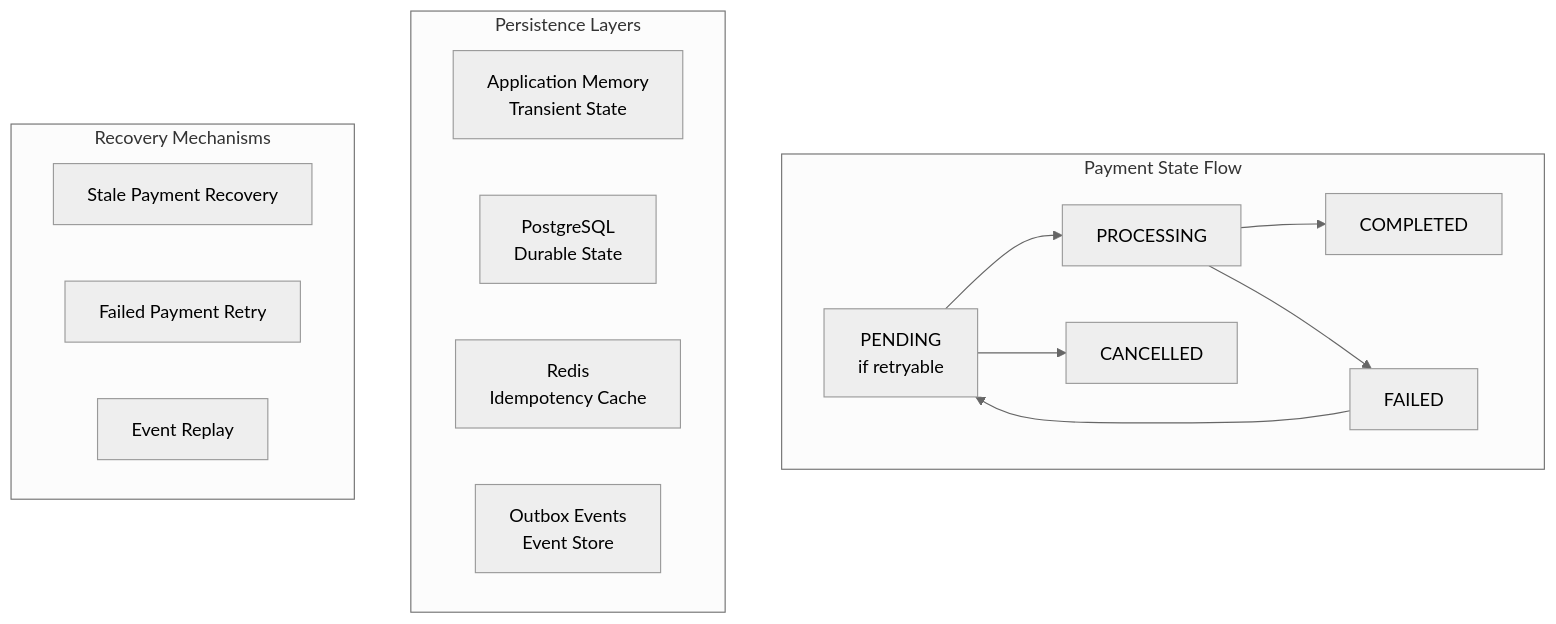
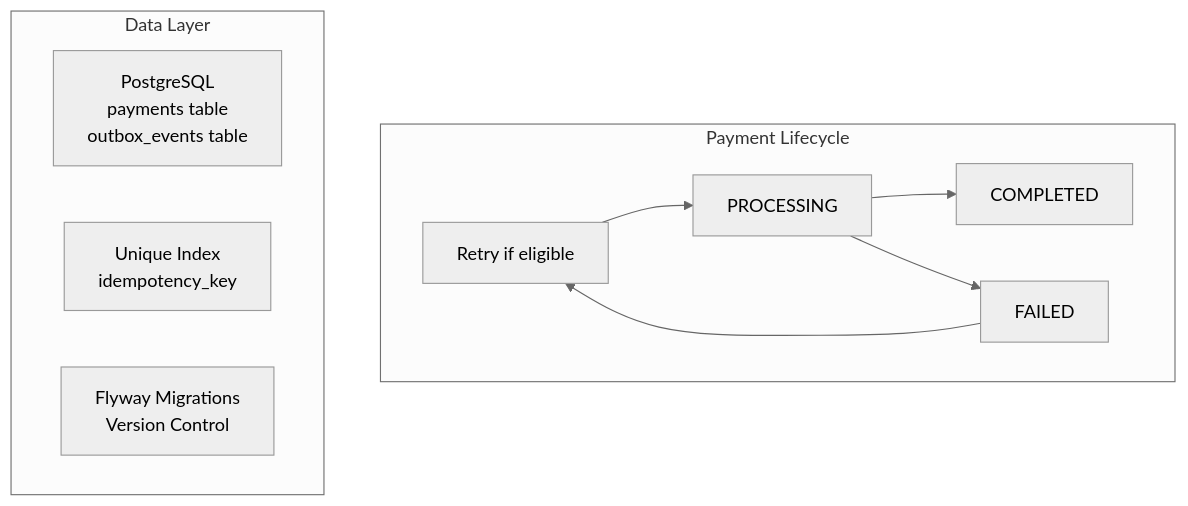
Before and after one commit to Nardos-Tsega/po: the third of 5 diagrams in README.md, drawn with Mermaid (neutral theme). The commit also changed other lines of this file and 9 other files, not shown here.

````diff
--- a/README.md
+++ b/README.md
@@ -148,23 +95,15 @@
 ```mermaid
 graph TD
-    subgraph "Payment State Flow"
+    subgraph "Payment Lifecycle"
         A[PENDING] --> B[PROCESSING]
         B --> C[COMPLETED]
         B --> D[FAILED]
-        D --> A[PENDING<br/>if retryable]
-        A --> E[CANCELLED]
+        D --> A[Retry if eligible]
     end
     
-    subgraph "Persistence Layers"
-        F[Application Memory<br/>Transient State]
-        G[PostgreSQL<br/>Durable State]
-        H[Redis<br/>Idempotency Cache]
-        I[Outbox Events<br/>Event Store]
-    end
-    
-    subgraph "Recovery Mechanisms"
-        J[Stale Payment Recovery]
-        K[Failed Payment Retry]
-        L[Event Replay]
+    subgraph "Data Layer"
+        E[PostgreSQL<br/>payments table<br/>outbox_events table]
+        F[Unique Index<br/>idempotency_key]
+        G[Flyway Migrations<br/>Version Control]
     end
 ```
````
